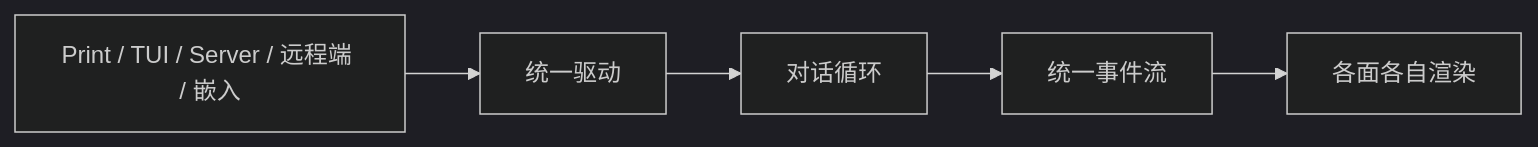
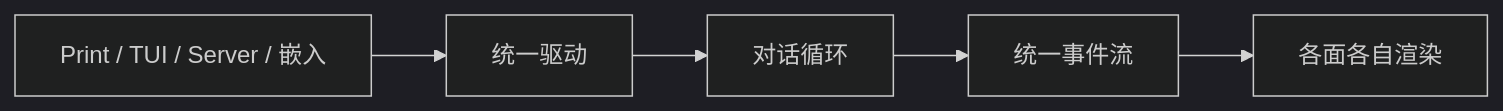
The diagram in docs/architecture/库与多客户端.md (StrayDragon/xylitol), drawn with Mermaid (dark theme) before and after one commit. The commit also changed other lines of this file and 31 other files, not shown here.

````diff
--- a/docs/architecture/库与多客户端.md
+++ b/docs/architecture/库与多客户端.md
@@ -21,7 +22,7 @@
 ```mermaid
 flowchart LR
-  Clients["Print / TUI / Server / 远程端 / 嵌入"] --> Driver["统一驱动"]
+  Clients["Print / TUI / Server / 嵌入"] --> Driver["统一驱动"]
   Driver --> Loop["对话循环"]
   Loop --> Events["统一事件流"]
   Events --> Render["各面各自渲染"]
 ```
````
